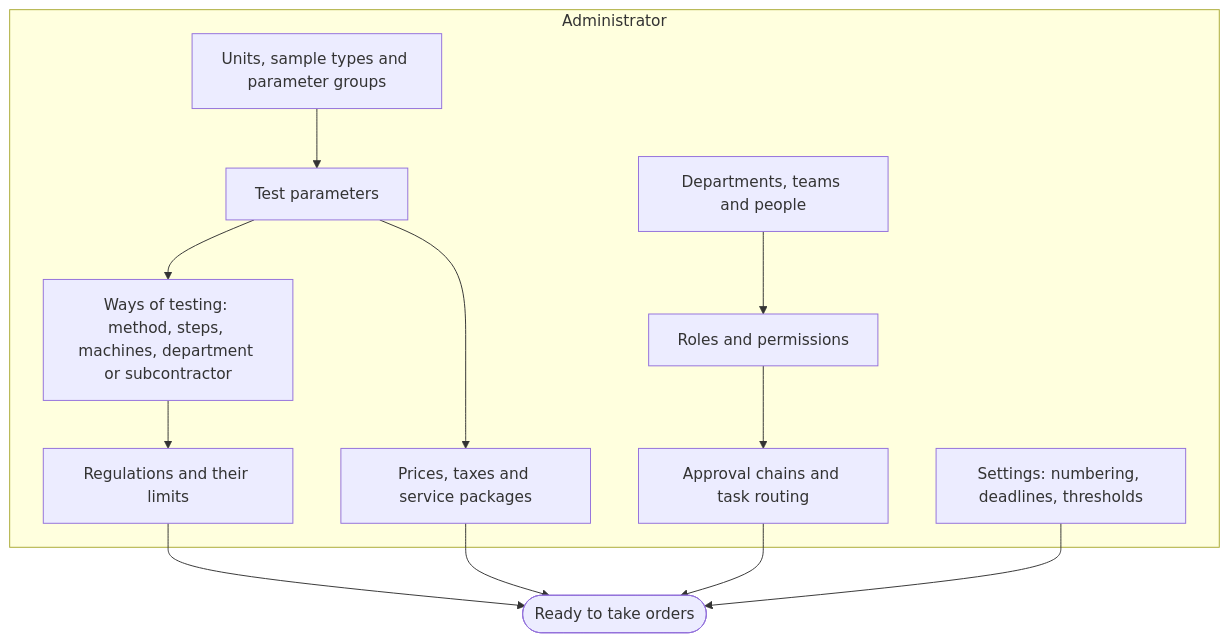
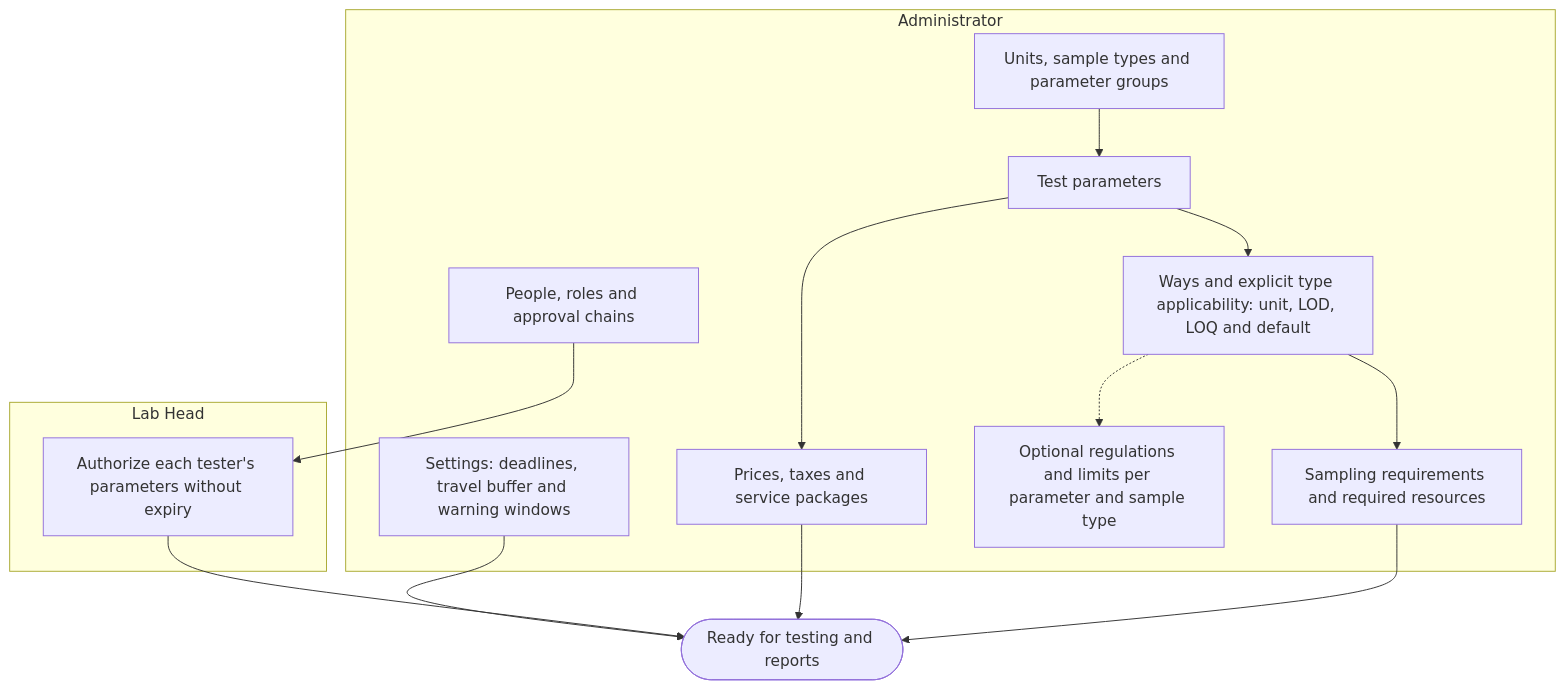
One commit to SoltuneMontepre/medilab changed diagram 15 of 16 in docs/functional/business-flows.md. Above: the diagram before and after it, drawn with Mermaid. The commit also changed other lines of this file and 30 other files, not shown here.

````diff
--- a/docs/functional/business-flows.md
+++ b/docs/functional/business-flows.md
@@ -615,16 +655,20 @@
 ```mermaid
 flowchart TD
     subgraph lane35 ["Administrator"]
         a1[Units, sample types and parameter groups] --> a2[Test parameters]
-        a2 --> a3["Ways of testing: method, steps, machines, department or subcontractor"]
-        a3 --> a4[Regulations and their limits]
+        a2 --> a3[Ways and explicit type applicability: unit, LOD, LOQ and default]
+        a3 --> a4[Sampling requirements and required resources]
         a2 --> a5[Prices, taxes and service packages]
-        a6[Departments, teams and people] --> a7[Roles and permissions]
-        a7 --> a8[Approval chains and task routing]
-        a9["Settings: numbering, deadlines, thresholds"]
+        a3 -.-> optional[Optional regulations and limits per parameter and sample type]
+        a6[People, roles and approval chains]
+        a9[Settings: deadlines, travel buffer and warning windows]
     end
-    a4 --> ready([Ready to take orders])
+    subgraph lane45 ["Lab Head"]
+        l1[Authorize each tester's parameters without expiry]
+    end
+    a6 --> l1
+    a4 --> ready([Ready for testing and reports])
     a5 --> ready
-    a8 --> ready
+    l1 --> ready
     a9 --> ready
 ```
````
